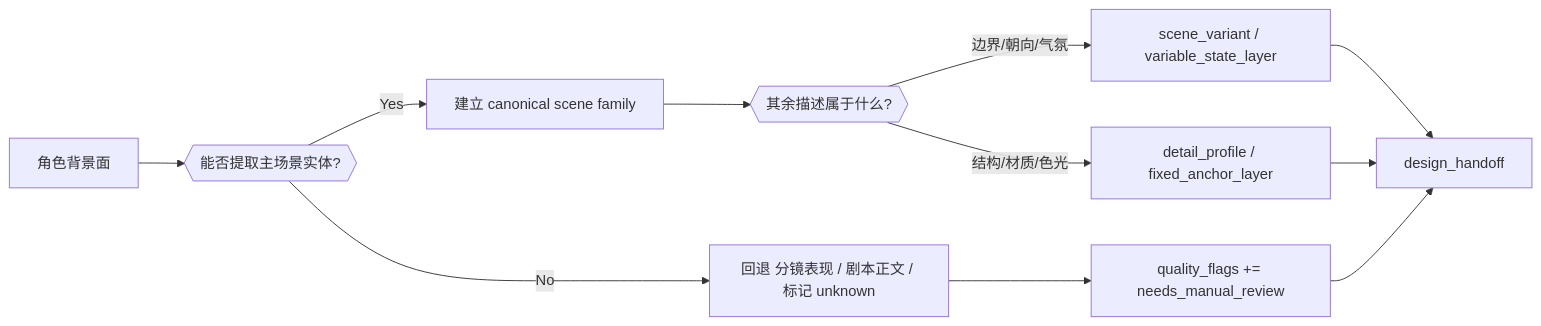
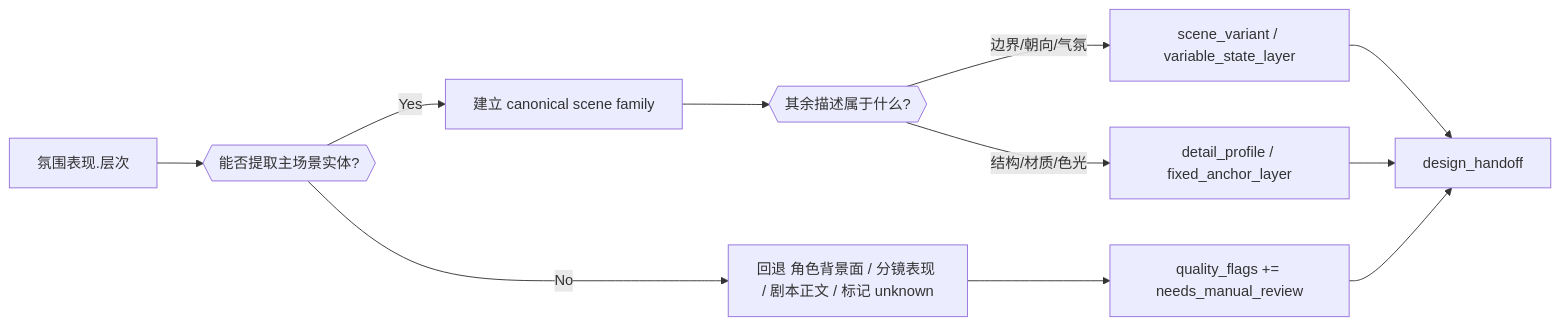
One commit to ZEN-VOID/AI-CUT changed the second of 3 diagrams in .agents/skills/aigc/4-Design/1-清单/场景/SKILL.md. Above: the diagram before and after it, drawn with Mermaid. The commit also changed other lines of this file and 1383 other files, not shown here.

````diff
--- a/.agents/skills/aigc/4-Design/1-清单/场景/SKILL.md
+++ b/.agents/skills/aigc/4-Design/1-清单/场景/SKILL.md
@@ -149,13 +150,13 @@
 ```mermaid
 flowchart LR
-    A["角色背景面"] --> B{{"能否提取主场景实体?"}}
+    A["氛围表现.层次"] --> B{{"能否提取主场景实体?"}}
     B -->|"Yes"| C["建立 canonical scene family"]
-    B -->|"No"| D["回退 分镜表现 / 剧本正文 / 标记 unknown"]
+    B -->|"No"| D["回退 角色背景面 / 分镜表现 / 剧本正文 / 标记 unknown"]
     C --> E{{"其余描述属于什么?"}}
     E -->|"边界/朝向/气氛"| F["scene_variant / variable_state_layer"]
     E -->|"结构/材质/色光"| G["detail_profile / fixed_anchor_layer"]
     D --> H["quality_flags += needs_manual_review"]
     F --> I["design_handoff"]
     G --> I
     H --> I
 ```
````
